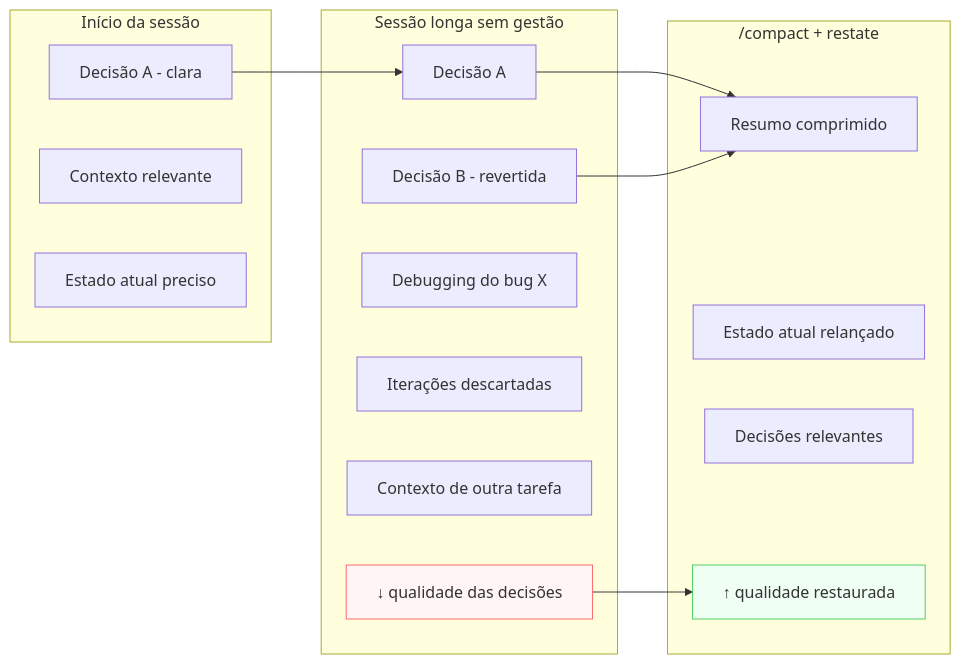
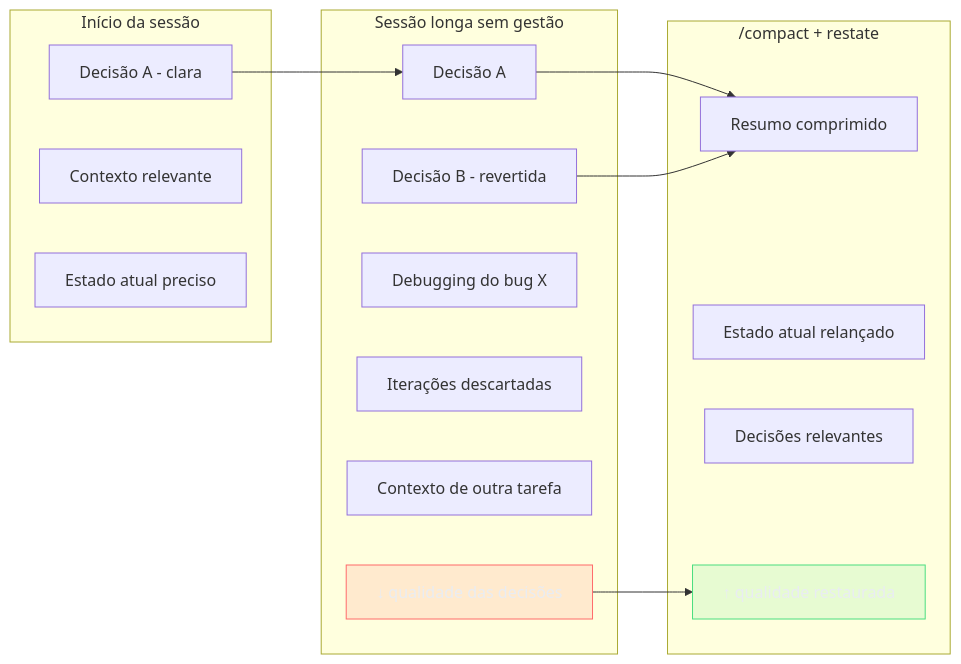
The first of 2 diagrams in 03-Dominios/Tecnologia/IA/Claude Code/Workflows/10 - Gestão de contexto.md (josenaldo/codex-technomanticus), drawn with Mermaid before and after one commit. The commit also changed other lines of this file and 1181 other files, not shown here.

First line of the commit message:
fix(diagramas): paleta do sistema no lugar de cor cravada no markdown

````diff
--- a/03-Dominios/Tecnologia/IA/Claude Code/Workflows/10 - Gestão de contexto.md
+++ b/03-Dominios/Tecnologia/IA/Claude Code/Workflows/10 - Gestão de contexto.md
@@ -33,32 +33,34 @@
 ```mermaid
 flowchart LR
+    classDef falha fill:#FF6B6B24,stroke:#FF6B6B,color:#E9ECF2
+    classDef ok fill:#4ADE8021,stroke:#4ADE80,color:#E9ECF2
     subgraph "Início da sessão"
         A1[Decisão A - clara]
         A2[Contexto relevante]
         A3[Estado atual preciso]
     end
 
     subgraph "Sessão longa sem gestão"
         B1[Decisão A]
         B2[Decisão B - revertida]
         B3[Debugging do bug X]
         B4[Iterações descartadas]
         B5[Contexto de outra tarefa]
         B6["↓ qualidade das decisões"]
     end
 
     subgraph "/compact + restate"
         C1[Resumo comprimido]
         C2[Estado atual relançado]
         C3[Decisões relevantes]
         C4["↑ qualidade restaurada"]
     end
 
     A1 --> B1
     B1 --> C1
     B2 --> C1
     B6 --> C4
 
-    style B6 fill:#fff5f5,stroke:#ff6b6b
-    style C4 fill:#f0fff4,stroke:#51cf66
+    class B6 falha
+    class C4 ok
 ```
````
